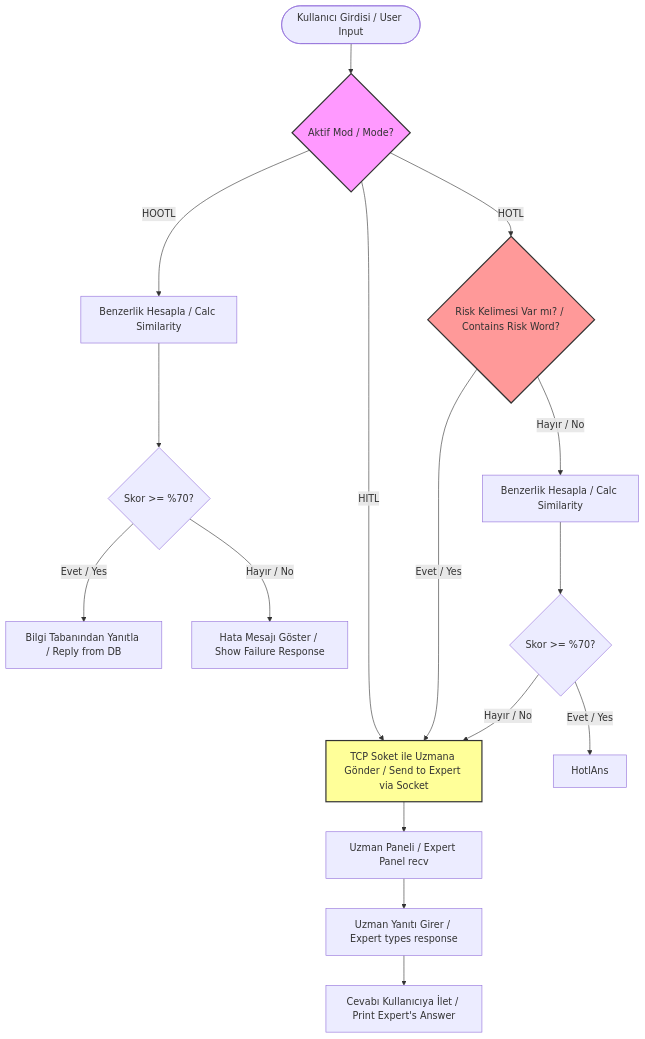
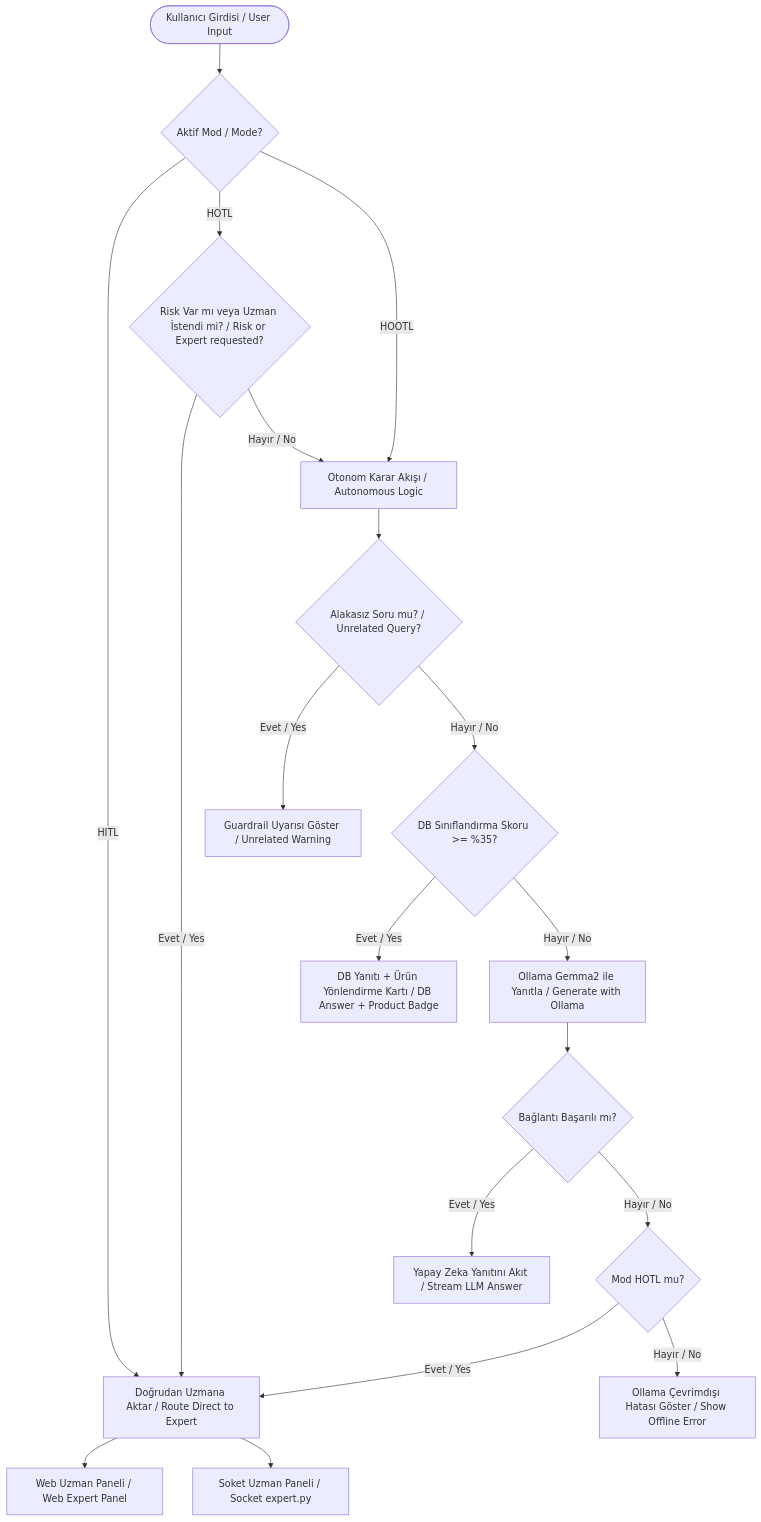
Before and after one commit to TunahanCnrYildiz/plant-care-assistant-bot: the diagram in README.md, drawn with Mermaid. The commit also changed other lines of this file and 13 other files, not shown here.

Commit message:
feat: modern web arayuzui, ML siniflandirma, yerel LLM ve kalici uzman sohbet oturumlari eklenmesi

````diff
--- a/README.md
+++ b/README.md
@@ -57,26 +81,28 @@
 ```mermaid
 graph TD
     User([Kullanıcı Girdisi / User Input]) --> ModeCheck{Aktif Mod / Mode?}
     
-    ModeCheck -->|HOOTL| HootlCalc[Benzerlik Hesapla / Calc Similarity]
-    HootlCalc --> HootlThresh{Skor >= %70?}
-    HootlThresh -->|Evet / Yes| HootlAns[Bilgi Tabanından Yanıtla / Reply from DB]
-    HootlThresh -->|Hayır / No| HootlFail[Hata Mesajı Göster / Show Failure Response]
+    ModeCheck -->|HITL| HitlEsc[Doğrudan Uzmana Aktar / Route Direct to Expert]
     
-    ModeCheck -->|HITL| HitlEsc[TCP Soket ile Uzmana Gönder / Send to Expert via Socket]
+    ModeCheck -->|HOTL| HotlCheck{Risk Var mı veya Uzman İstendi mi? / Risk or Expert requested?}
+    HotlCheck -->|Evet / Yes| HitlEsc
+    HotlCheck -->|Hayır / No| AutonomousFlow[Otonom Karar Akışı / Autonomous Logic]
     
-    ModeCheck -->|HOTL| HotlRisk{Risk Kelimesi Var mı? / Contains Risk Word?}
-    HotlRisk -->|Evet / Yes| HitlEsc
-    HotlRisk -->|Hayır / No| HotlCalc[Benzerlik Hesapla / Calc Similarity]
-    HotlCalc --> HotlThresh{Skor >= %70?}
-    HotlThresh -->|Evet / Yes| HotlAns
-    HotlThresh -->|Hayır / No| HitlEsc
+    ModeCheck -->|HOOTL| AutonomousFlow
     
-    HitlEsc --> ExpRecv[Uzman Paneli / Expert Panel recv]
-    ExpRecv --> ExpAns[Uzman Yanıtı Girer / Expert types response]
-    ExpAns --> BotPrint[Cevabı Kullanıcıya İlet / Print Expert's Answer]
-
-    style ModeCheck fill:#f9f,stroke:#333,stroke-width:2px
-    style HitlEsc fill:#ff9,stroke:#333,stroke-width:2px
-    style HotlRisk fill:#f99,stroke:#333,stroke-width:2px
+    AutonomousFlow --> Guardrail{Alakasız Soru mu? / Unrelated Query?}
+    Guardrail -->|Evet / Yes| UnrelatedAns[Guardrail Uyarısı Göster / Unrelated Warning]
+    Guardrail -->|Hayır / No| MLClassify{DB Sınıflandırma Skoru >= %35?}
+    
+    MLClassify -->|Evet / Yes| DBAns[DB Yanıtı + Ürün Yönlendirme Kartı / DB Answer + Product Badge]
+    MLClassify -->|Hayır / No| OllamaLLM[Ollama Gemma2 ile Yanıtla / Generate with Ollama]
+    
+    OllamaLLM --> OllamaSuccess{Bağlantı Başarılı mı?}
+    OllamaSuccess -->|Evet / Yes| PrintLLM[Yapay Zeka Yanıtını Akıt / Stream LLM Answer]
+    OllamaSuccess -->|Hayır / No| OfflineCheck{Mod HOTL mu?}
+    OfflineCheck -->|Evet / Yes| HitlEsc
+    OfflineCheck -->|Hayır / No| SystemError[Ollama Çevrimdışı Hatası Göster / Show Offline Error]
+    
+    HitlEsc --> WebPanel[Web Uzman Paneli / Web Expert Panel]
+    HitlEsc --> SocketServer[Soket Uzman Paneli / Socket expert.py]
 ```
````
